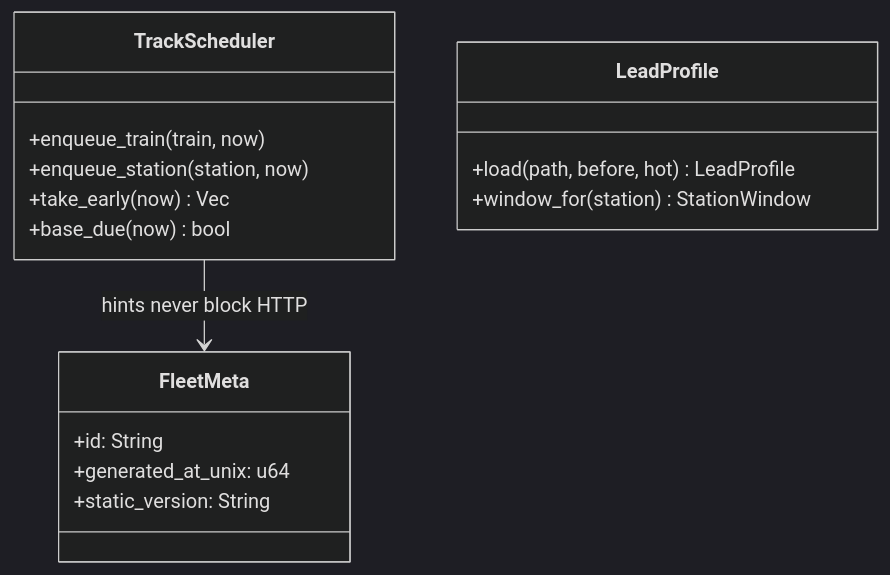
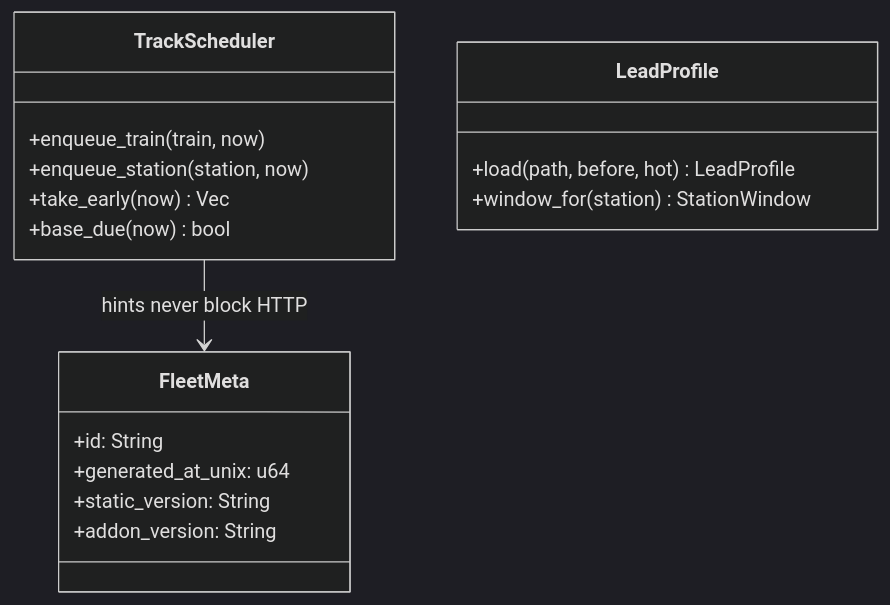
One commit to sohampatwardhan/Amtrak-GTFS-RT changed the fourth of 7 diagrams in .kiro/specs/three-feed-containers/design.md. Above: the diagram before and after it, drawn with Mermaid (dark theme). The commit also changed other lines of this file and 17 other files, not shown here.

````diff
--- a/.kiro/specs/three-feed-containers/design.md
+++ b/.kiro/specs/three-feed-containers/design.md
@@ -66,19 +68,20 @@
 ```mermaid
 classDiagram
   class TrackScheduler {
     +enqueue_train(train, now)
     +enqueue_station(station, now)
     +take_early(now) Vec
     +base_due(now) bool
   }
   class LeadProfile {
     +load(path, before, hot) LeadProfile
     +window_for(station) StationWindow
   }
   class FleetMeta {
     +id: String
     +generated_at_unix: u64
     +static_version: String
+    +addon_version: String
   }
   TrackScheduler --> FleetMeta : hints never block HTTP
 ```
````
